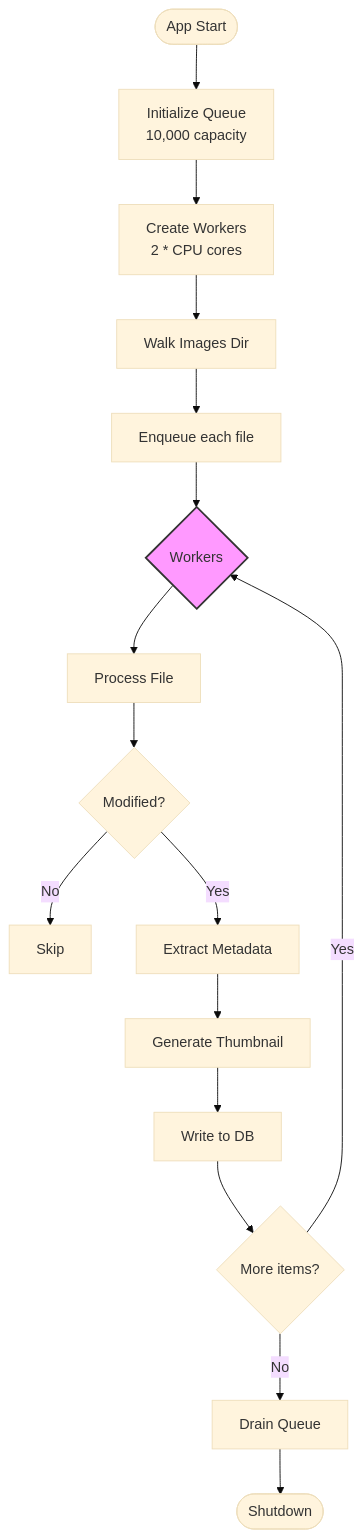
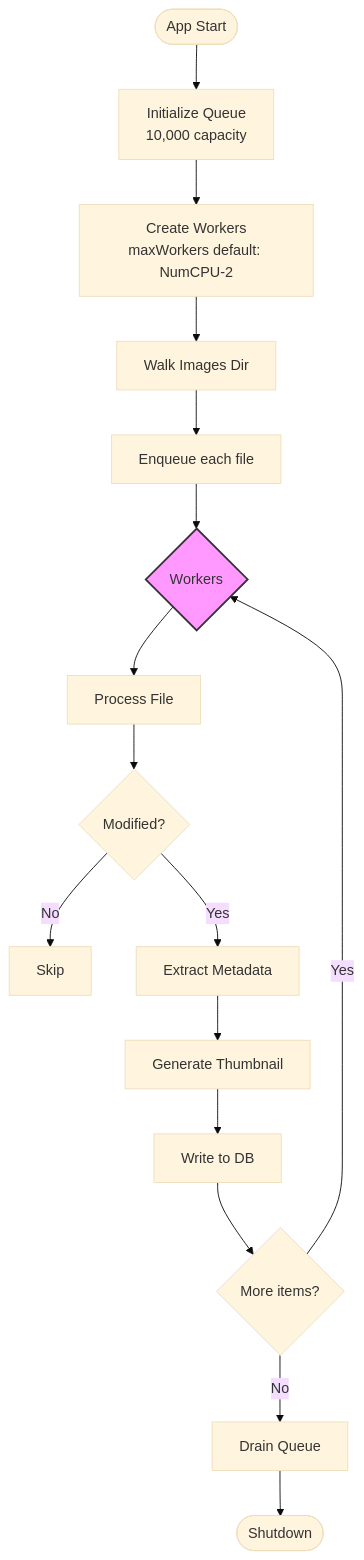
Before and after one commit to lbe/sfpg-go: the seventh of 21 diagrams in docs/ARCHITECTURE.md, drawn with Mermaid (base theme). The commit also changed other lines of this file and 80 other files, not shown here.

````diff
--- a/docs/ARCHITECTURE.md
+++ b/docs/ARCHITECTURE.md
@@ -426,21 +463,21 @@
 ```mermaid
 flowchart TD
     Start([App Start]) --> InitQueue[Initialize Queue<br/>10,000 capacity]
-    InitQueue --> CreateWorkers[Create Workers<br/>2 * CPU cores]
+    InitQueue --> CreateWorkers[Create Workers<br/>maxWorkers default: NumCPU-2]
     CreateWorkers --> Walk[Walk Images Dir]
     Walk --> Enqueue[Enqueue each file]
     Enqueue --> Workers{Workers}
 
     Workers --> Process[Process File]
     Process --> CheckModified{Modified?}
     CheckModified -->|No| Skip
     CheckModified -->|Yes| Extract[Extract Metadata]
     Extract --> Thumbnail[Generate Thumbnail]
     Thumbnail --> Write[Write to DB]
     Write --> Next{More items?}
     Next -->|Yes| Workers
     Next -->|No| Drain[Drain Queue]
     Drain --> Shutdown([Shutdown])
 
     style Workers fill:#f9f,stroke:#333,stroke-width:2px
 ```
````
